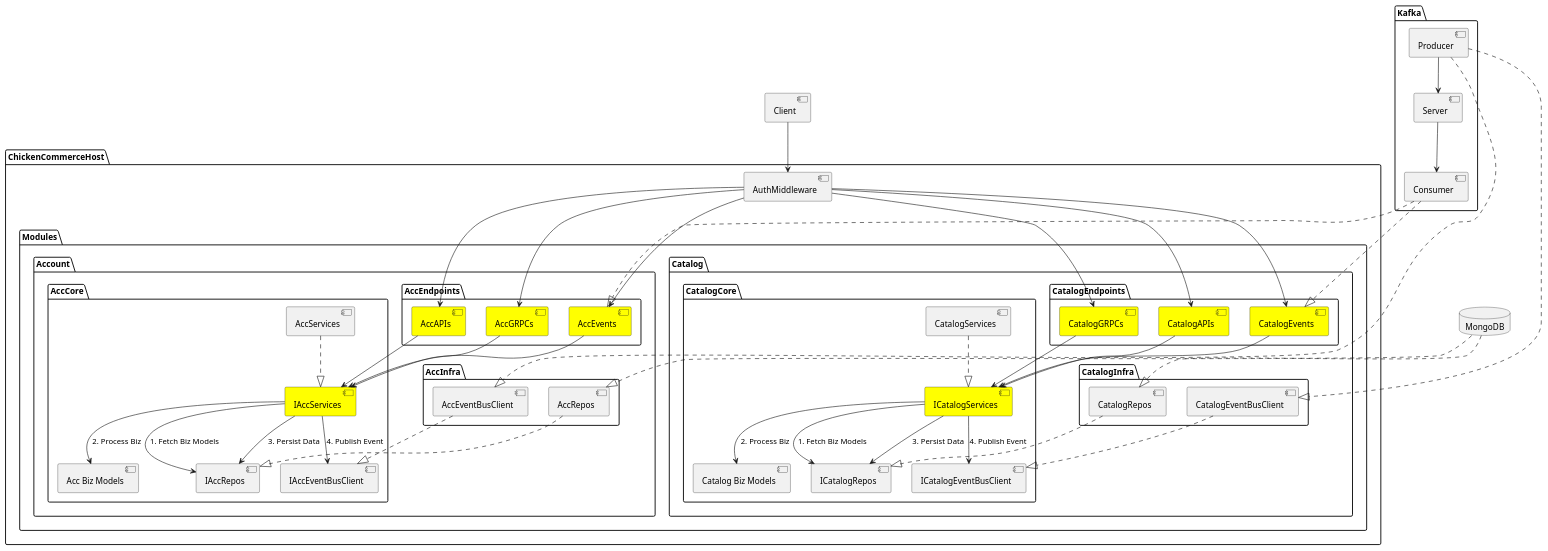
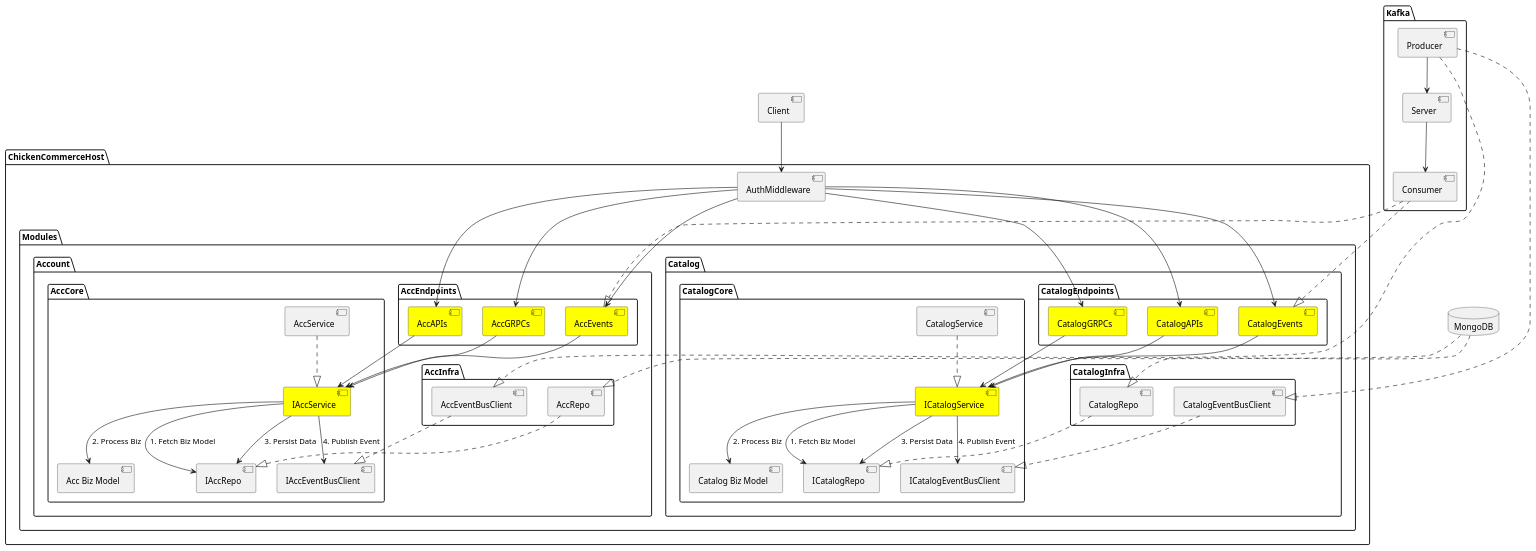
Before and after one commit to chicken-devs/chicken-commerce: the diagram in Architech_Document/overall-architecture.plantuml, drawn with PlantUML. The commit also changed 6 other files, not shown here.

```diff
--- a/Architech_Document/overall-architecture.plantuml
+++ b/Architech_Document/overall-architecture.plantuml
@@ -7,112 +7,112 @@
 @startuml ChickenCommerce
 package ChickenCommerceHost {
 
   [AuthMiddleware]
 
   package Modules {
 
     package Account {
 
       package AccInfra {
-        [AccRepos]
+        [AccRepo]
         [AccEventBusClient]
       }
 
       package AccEndpoints {
         [AccAPIs] #Yellow
         [AccGRPCs] #Yellow
         [AccEvents] #Yellow
       }
 
       package AccCore {
-        [IAccServices] #Yellow
-        [AccServices]
+        [IAccService] #Yellow
+        [AccService]
         [IAccEventBusClient]
-        [Acc Biz Models]
-        [IAccRepos]
+        [Acc Biz Model]
+        [IAccRepo]
       }
 
-      [AccServices] ..|> [IAccServices]
+      [AccService] ..|> [IAccService]
 
-      [AccAPIs] --> [IAccServices]
-      [AccGRPCs] --> [IAccServices]
-      [AccEvents] --> [IAccServices]
+      [AccAPIs] --> [IAccService]
+      [AccGRPCs] --> [IAccService]
+      [AccEvents] --> [IAccService]
 
-      [IAccServices] --> [IAccRepos] : 1. Fetch Biz Models
-      [IAccServices] --> [Acc Biz Models] : 2. Process Biz
-      [IAccServices] --> [IAccRepos] : 3. Persist Data
-      [IAccServices] --> [IAccEventBusClient] : 4. Publish Event
+      [IAccService] --> [IAccRepo] : 1. Fetch Biz Model
+      [IAccService] --> [Acc Biz Model] : 2. Process Biz
+      [IAccService] --> [IAccRepo] : 3. Persist Data
+      [IAccService] --> [IAccEventBusClient] : 4. Publish Event
 
-      [AccRepos] ..|> [IAccRepos]
+      [AccRepo] ..|> [IAccRepo]
       [AccEventBusClient] ..|> [IAccEventBusClient]
     }
 
     package Catalog {
 
       package CatalogInfra {
-        [CatalogRepos]
+        [CatalogRepo]
         [CatalogEventBusClient]
       }
 
       package CatalogEndpoints {
         [CatalogAPIs] #Yellow
         [CatalogGRPCs] #Yellow
         [CatalogEvents] #Yellow
       }
 
       package CatalogCore {
-        [ICatalogServices] #Yellow
-        [CatalogServices]
+        [ICatalogService] #Yellow
+        [CatalogService]
         [ICatalogEventBusClient]
-        [Catalog Biz Models]
-        [ICatalogRepos]
+        [Catalog Biz Model]
+        [ICatalogRepo]
       }
 
-      [CatalogServices] ..|> [ICatalogServices]
+      [CatalogService] ..|> [ICatalogService]
 
-      [CatalogAPIs] --> [ICatalogServices]
-      [CatalogGRPCs] --> [ICatalogServices]
-      [CatalogEvents] --> [ICatalogServices]
+      [CatalogAPIs] --> [ICatalogService]
+      [CatalogGRPCs] --> [ICatalogService]
+      [CatalogEvents] --> [ICatalogService]
 
-      [ICatalogServices] --> [ICatalogRepos] : 1. Fetch Biz Models
-      [ICatalogServices] --> [Catalog Biz Models] : 2. Process Biz
-      [ICatalogServices] --> [ICatalogRepos] : 3. Persist Data
-      [ICatalogServices] --> [ICatalogEventBusClient] : 4. Publish Event
+      [ICatalogService] --> [ICatalogRepo] : 1. Fetch Biz Model
+      [ICatalogService] --> [Catalog Biz Model] : 2. Process Biz
+      [ICatalogService] --> [ICatalogRepo] : 3. Persist Data
+      [ICatalogService] --> [ICatalogEventBusClient] : 4. Publish Event
 
-      [CatalogRepos] ..|> [ICatalogRepos]
+      [CatalogRepo] ..|> [ICatalogRepo]
       [CatalogEventBusClient] ..|> [ICatalogEventBusClient]
     }
 
   }
 }
 
 [Client]
 Client --> [AuthMiddleware]
 
 [AuthMiddleware] --> [AccAPIs]
 [AuthMiddleware] --> [AccGRPCs]
 [AuthMiddleware] --> [AccEvents]
 [AuthMiddleware] --> [CatalogAPIs]
 [AuthMiddleware] --> [CatalogGRPCs]
 [AuthMiddleware] --> [CatalogEvents]
 
 package Kafka {
   [Producer]
   [Consumer]
   [Server]
 
   [Producer] --> [Server]
   [Server] --> [Consumer]
 
   [Producer] ..|> [AccEventBusClient]
   [Consumer] ..|> [AccEvents]
   
   [Producer] ..|> [CatalogEventBusClient]
   [Consumer] ..|> [CatalogEvents]
 }
 
 database MongoDB
-MongoDB ..|> [AccRepos]
-MongoDB ..|> [CatalogRepos]
+MongoDB ..|> [AccRepo]
+MongoDB ..|> [CatalogRepo]
 
 @enduml
```
